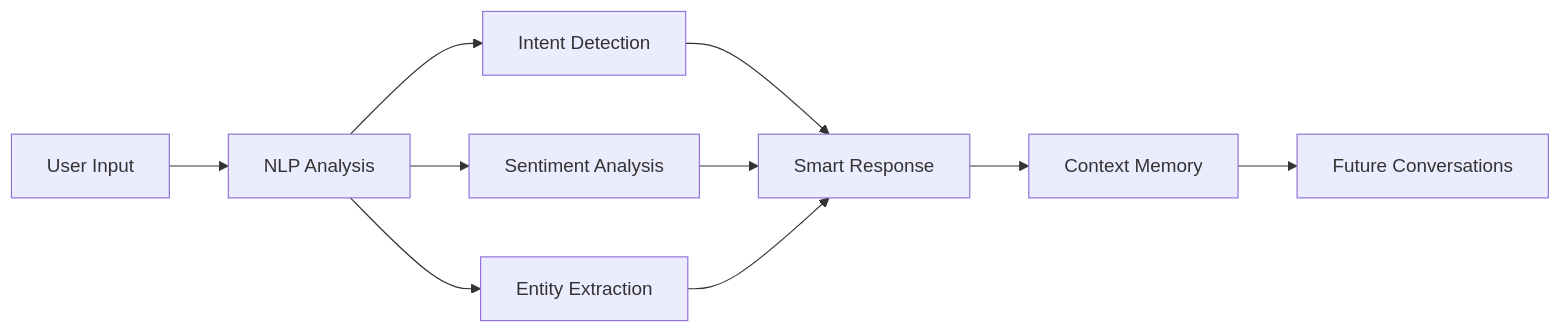
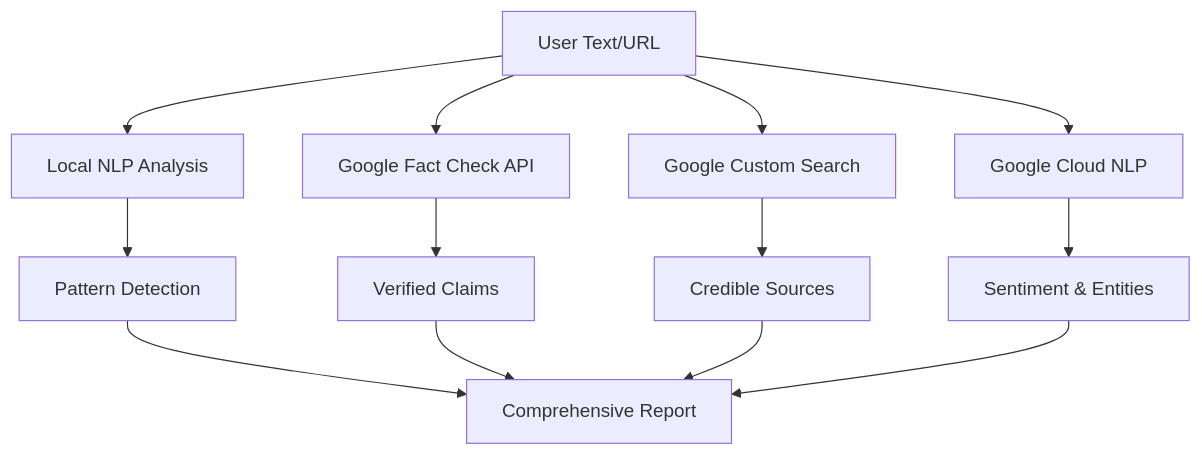
The diagram in README.md (Muneerali199/WebSage), drawn with Mermaid before and after one commit. The commit also changed other lines of this file and 9 other files, not shown here.

First line of the commit message:
🚀 v6.0.0: Google Cloud Platform Integration - 7 APIs Powered Edition

````diff
--- a/README.md
+++ b/README.md
@@ -396,12 +199,15 @@
 ```mermaid
-graph LR
-    A[User Input] --> B[NLP Analysis]
-    B --> C[Intent Detection]
-    B --> D[Sentiment Analysis]
-    B --> E[Entity Extraction]
-    C --> F[Smart Response]
-    D --> F
-    E --> F
-    F --> G[Context Memory]
-    G --> H[Future Conversations]
+graph TD
+    A[User Text/URL] --> B[Local NLP Analysis]
+    A --> C[Google Fact Check API]
+    A --> D[Google Custom Search]
+    A --> E[Google Cloud NLP]
+    B --> F[Pattern Detection]
+    C --> G[Verified Claims]
+    D --> H[Credible Sources]
+    E --> I[Sentiment & Entities]
+    F --> J[Comprehensive Report]
+    G --> J
+    H --> J
+    I --> J
 ```
````
